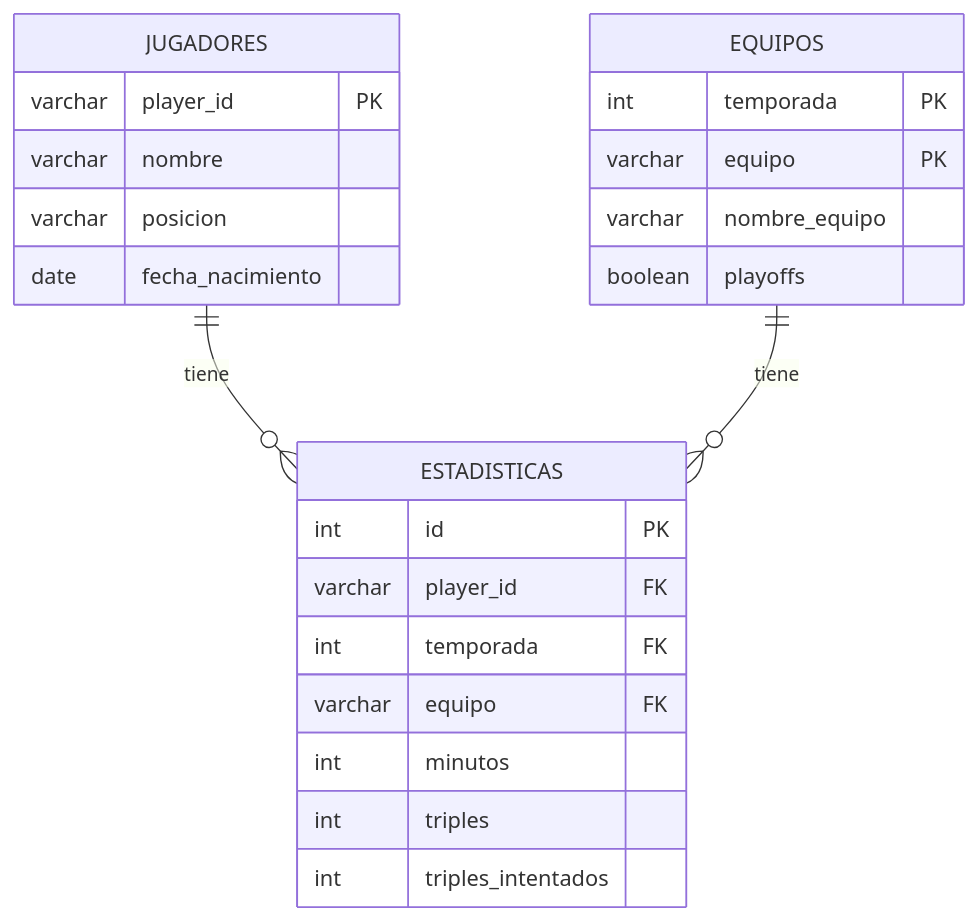
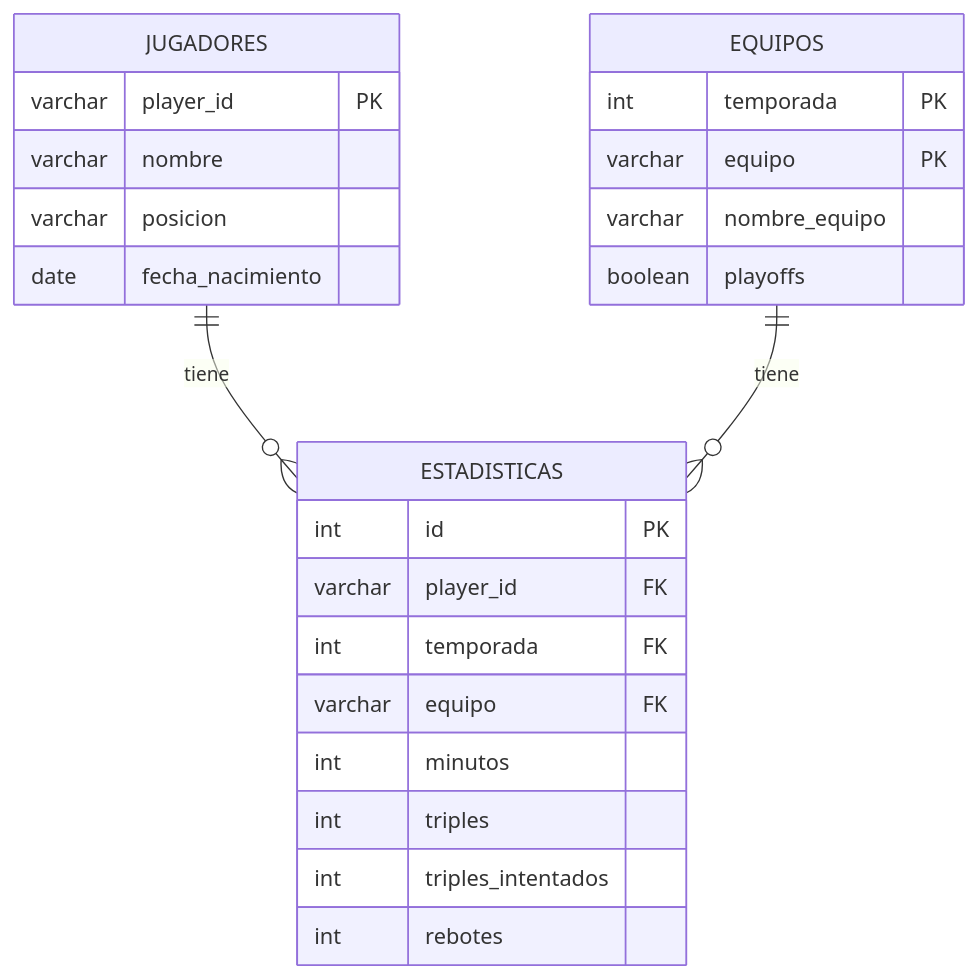
Before and after one commit to jbautistafm/nba-sql-project: the diagram in README.md, drawn with Mermaid. The commit also changed other lines of this file, not shown here.

````diff
--- a/README.md
+++ b/README.md
@@ -52,26 +55,27 @@
 ```mermaid
 erDiagram
     JUGADORES ||--o{ ESTADISTICAS : tiene
     EQUIPOS ||--o{ ESTADISTICAS : tiene
     JUGADORES {
         varchar player_id PK
         varchar nombre
         varchar posicion
         date fecha_nacimiento
     }
     EQUIPOS {
         int temporada PK
         varchar equipo PK
         varchar nombre_equipo
         boolean playoffs
     }
     ESTADISTICAS {
         int id PK
         varchar player_id FK
         int temporada FK
         varchar equipo FK
         int minutos
         int triples
         int triples_intentados
+        int rebotes
     }
 ```
````
